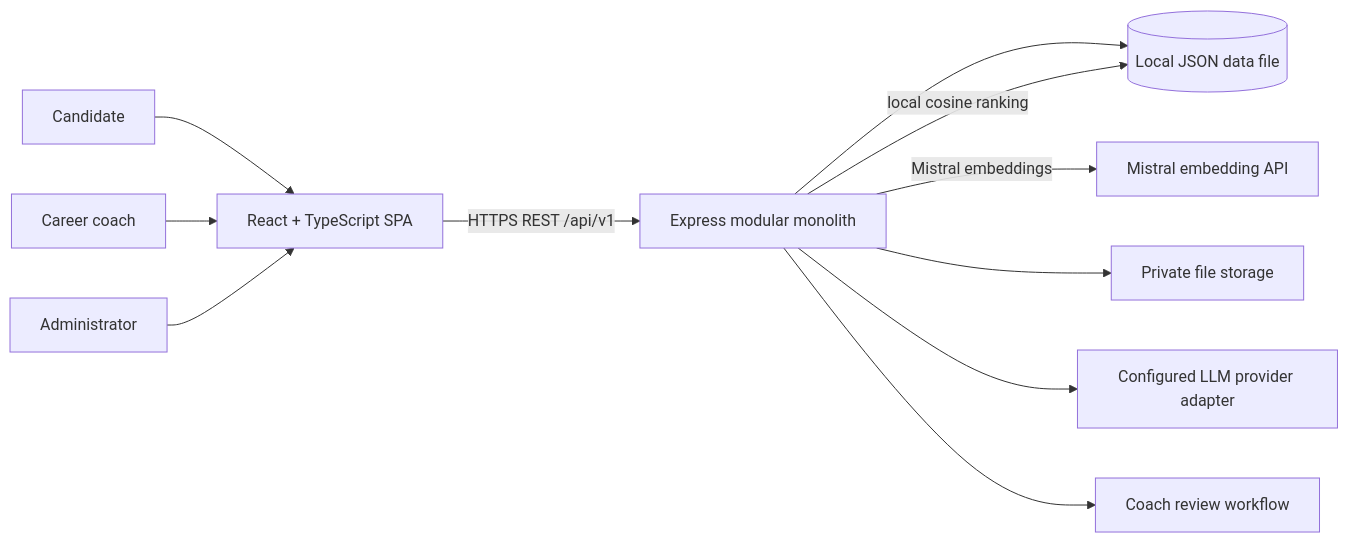
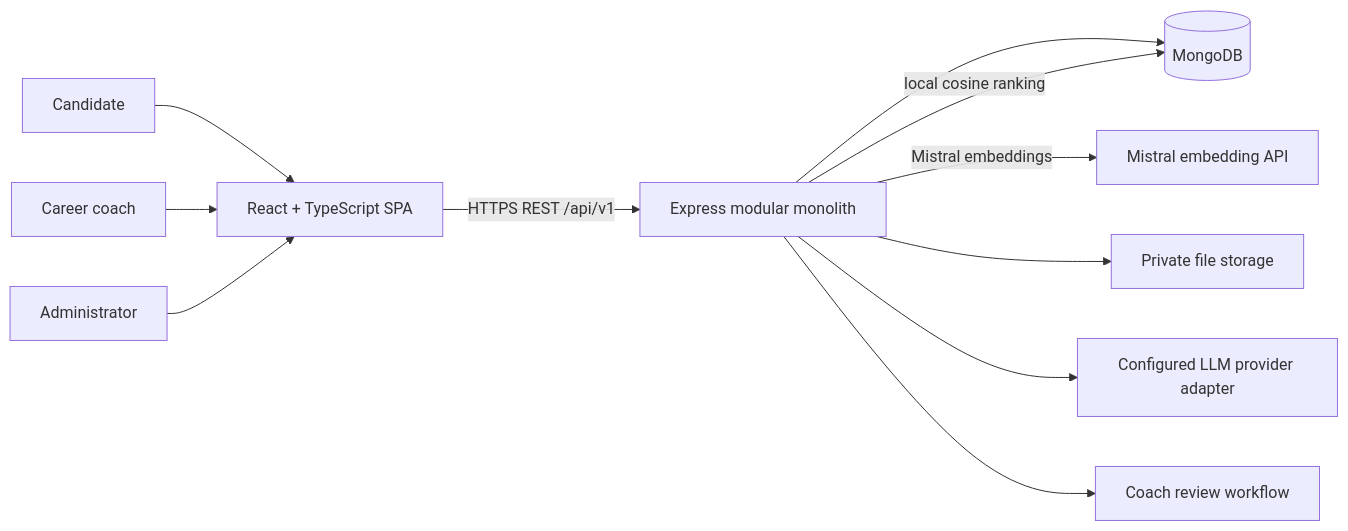
Before and after one commit to busisiweMailula/AI_Coach: the diagram in docs/architecture/Architecture.md, drawn with Mermaid. The commit also changed other lines of this file and 41 other files, not shown here.

````diff
--- a/docs/architecture/Architecture.md
+++ b/docs/architecture/Architecture.md
@@ -28,13 +28,13 @@
 ```mermaid
 flowchart LR
   Candidate[Candidate] --> Web[React + TypeScript SPA]
   Coach[Career coach] --> Web
   Admin[Administrator] --> Web
   Web -->|HTTPS REST /api/v1| API[Express modular monolith]
-  API --> JSON[(Local JSON data file)]
+  API --> DB[(MongoDB)]
   API -->|Mistral embeddings| Embedder[Mistral embedding API]
-  API -->|local cosine ranking| JSON
+  API -->|local cosine ranking| DB
   API --> Files[Private file storage]
   API --> Provider[Configured LLM provider adapter]
   API --> Reviewer[Coach review workflow]
 ```
````
